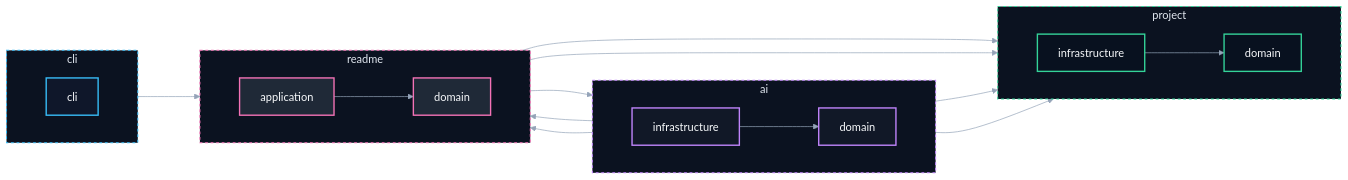
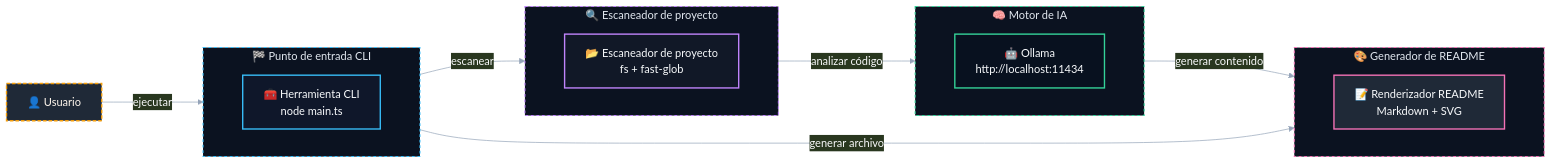
The diagram in README.md (DavidTorro/README-GENERATOR), drawn with Mermaid before and after one commit. The commit also changed other lines of this file and 19 other files, not shown here.

````diff
--- a/README.md
+++ b/README.md
@@ -17,58 +29,52 @@
 ```mermaid
 %%{init: {
     "theme": "base",
     "flowchart": { "curve": "basis", "nodeSpacing": 60, "rankSpacing": 90 },
     "themeVariables": {
         "primaryColor": "#1f2937",
         "primaryTextColor": "#f9fafb",
         "primaryBorderColor": "#60a5fa",
         "lineColor": "#94a3b8",
         "tertiaryColor": "#0f172a"
     }
 }}%%
 
 flowchart LR
-    subgraph SG0["cli"]
+    subgraph SG0["🏁 Punto de entrada CLI"]
         direction LR
-        cli["cli"]
+        cli["🧰 Herramienta CLI<br/>node main.ts"]
     end
-    subgraph SG1["ai"]
+    subgraph SG1["🔍 Escaneador de proyecto"]
         direction LR
-        ai_domain["domain"]
-        ai_infrastructure["infrastructure"]
+        scanner["📂 Escaneador de proyecto<br/>fs + fast-glob"]
     end
-    subgraph SG2["project"]
+    subgraph SG2["🧠 Motor de IA"]
         direction LR
-        project_domain["domain"]
-        project_infrastructure["infrastructure"]
+        ollama["🤖 Ollama<br/>http://localhost:11434"]
     end
-    subgraph SG3["readme"]
+    subgraph SG3["🎨 Generador de README"]
         direction LR
-        readme_application["application"]
-        readme_domain["domain"]
+        renderer["📝 Renderizador README<br/>Markdown + SVG"]
     end
-    cli --> readme_domain
-    ai_domain --> project_domain
-    ai_domain --> readme_domain
-    ai_infrastructure --> ai_domain
-    ai_infrastructure --> project_domain
-    ai_infrastructure --> readme_domain
-    project_infrastructure --> project_domain
-    readme_application --> project_domain
-    readme_application --> ai_domain
-    readme_application --> readme_domain
-    readme_domain --> project_domain
+    user["👤 Usuario"]
+    user -- "ejecutar" --> cli
+    cli -- "escanear" --> scanner
+    scanner -- "analizar código" --> ollama
+    ollama -- "generar contenido" --> renderer
+    cli -- "generar archivo" --> renderer
 
     classDef g0 fill:#0f172a,stroke:#38bdf8,color:#f8fafc,stroke-width:2px;
     class cli g0;
     classDef g1 fill:#111827,stroke:#c084fc,color:#f8fafc,stroke-width:2px;
-    class ai_domain,ai_infrastructure g1;
+    class scanner g1;
     classDef g2 fill:#08111f,stroke:#34d399,color:#f8fafc,stroke-width:2px;
-    class project_domain,project_infrastructure g2;
+    class ollama g2;
     classDef g3 fill:#1f2937,stroke:#f472b6,color:#f8fafc,stroke-width:2px;
-    class readme_application,readme_domain g3;
+    class renderer g3;
+    classDef actor fill:#1f2937,stroke:#f59e0b,color:#fff7ed,stroke-width:2px,stroke-dasharray: 5 3;
+    class user actor;
     style SG0 fill:#0b1220,stroke:#38bdf8,stroke-width:1.5px,stroke-dasharray: 4 4,color:#e2e8f0
     style SG1 fill:#0b1220,stroke:#c084fc,stroke-width:1.5px,stroke-dasharray: 4 4,color:#e2e8f0
     style SG2 fill:#0b1220,stroke:#34d399,stroke-width:1.5px,stroke-dasharray: 4 4,color:#e2e8f0
     style SG3 fill:#0b1220,stroke:#f472b6,stroke-width:1.5px,stroke-dasharray: 4 4,color:#e2e8f0
 ```
````
